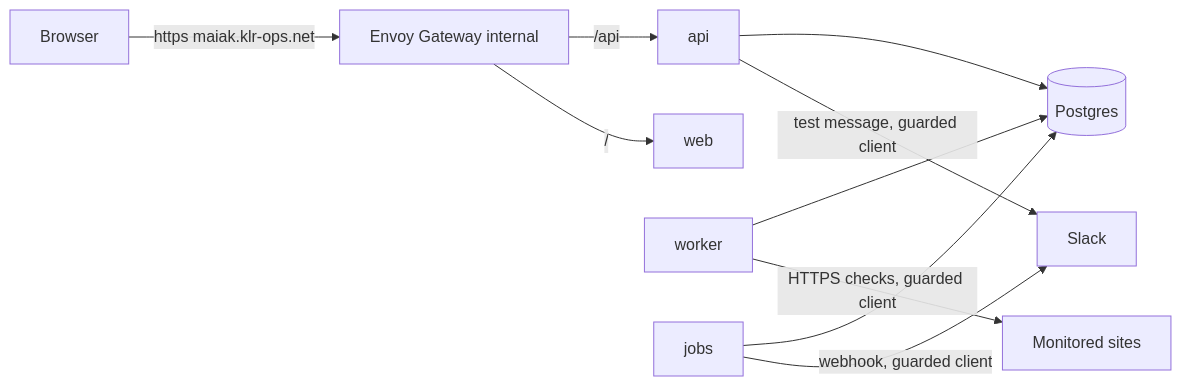
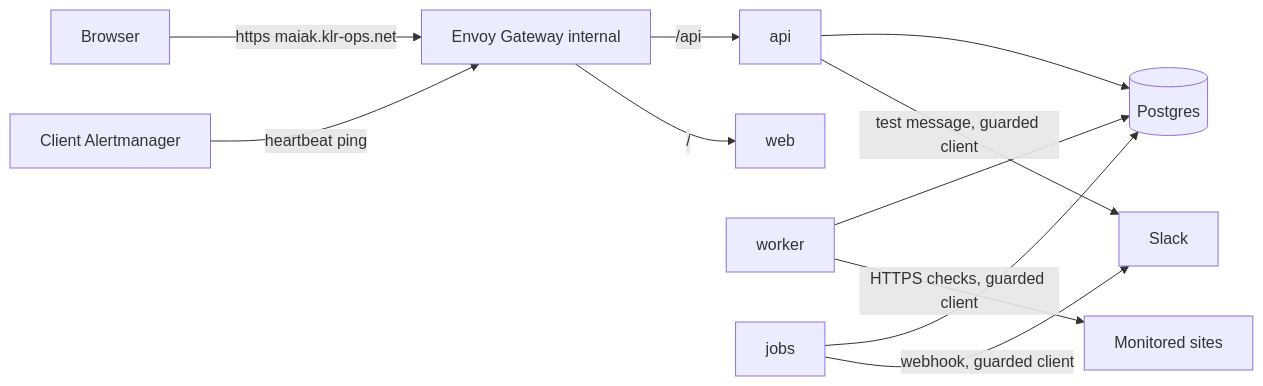
The diagram in docs/architecture/overview.md (theechofive/maiak), drawn with Mermaid before and after one commit. The commit also changed other lines of this file and 45 other files, not shown here.

````diff
--- a/docs/architecture/overview.md
+++ b/docs/architecture/overview.md
@@ -21,12 +21,13 @@
 ```mermaid
 flowchart LR
   user[Browser] -->|https maiak.klr-ops.net| gw[Envoy Gateway internal]
+  am[Client Alertmanager] -->|heartbeat ping| gw
   gw -->|/api| api
   gw -->|/| web
   api --> pg[(Postgres)]
   worker --> pg
   jobs --> pg
   jobs -->|webhook, guarded client| slack[Slack]
   api -->|test message, guarded client| slack
   worker -->|HTTPS checks, guarded client| targets[Monitored sites]
 ```
````
